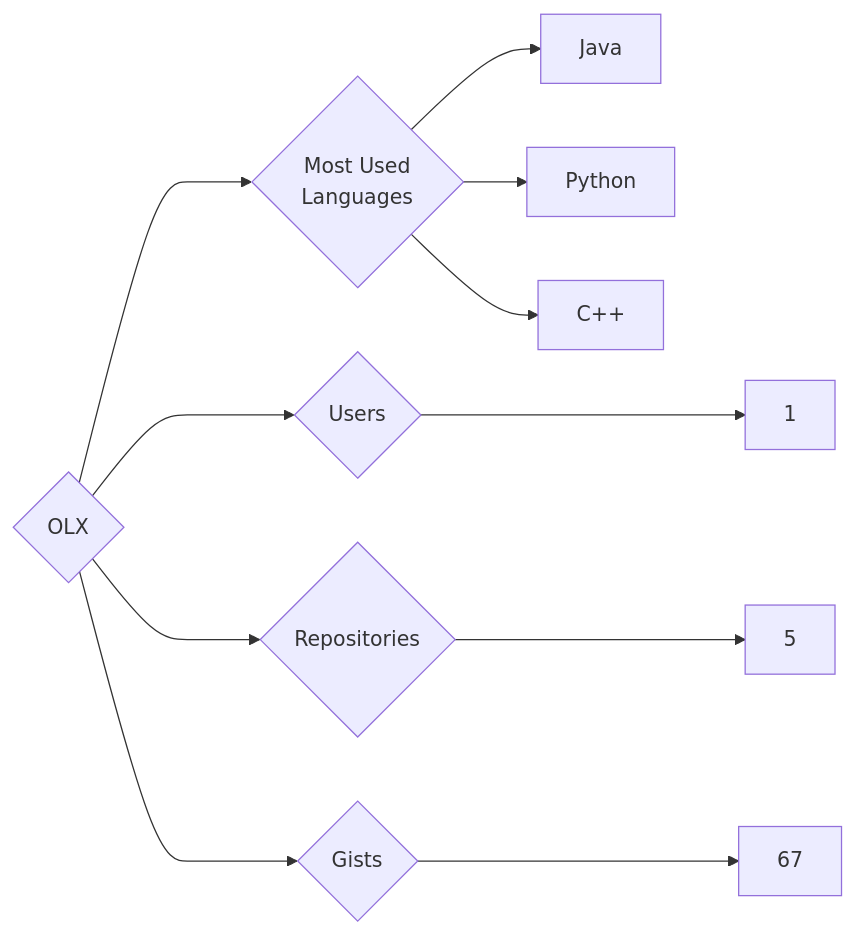
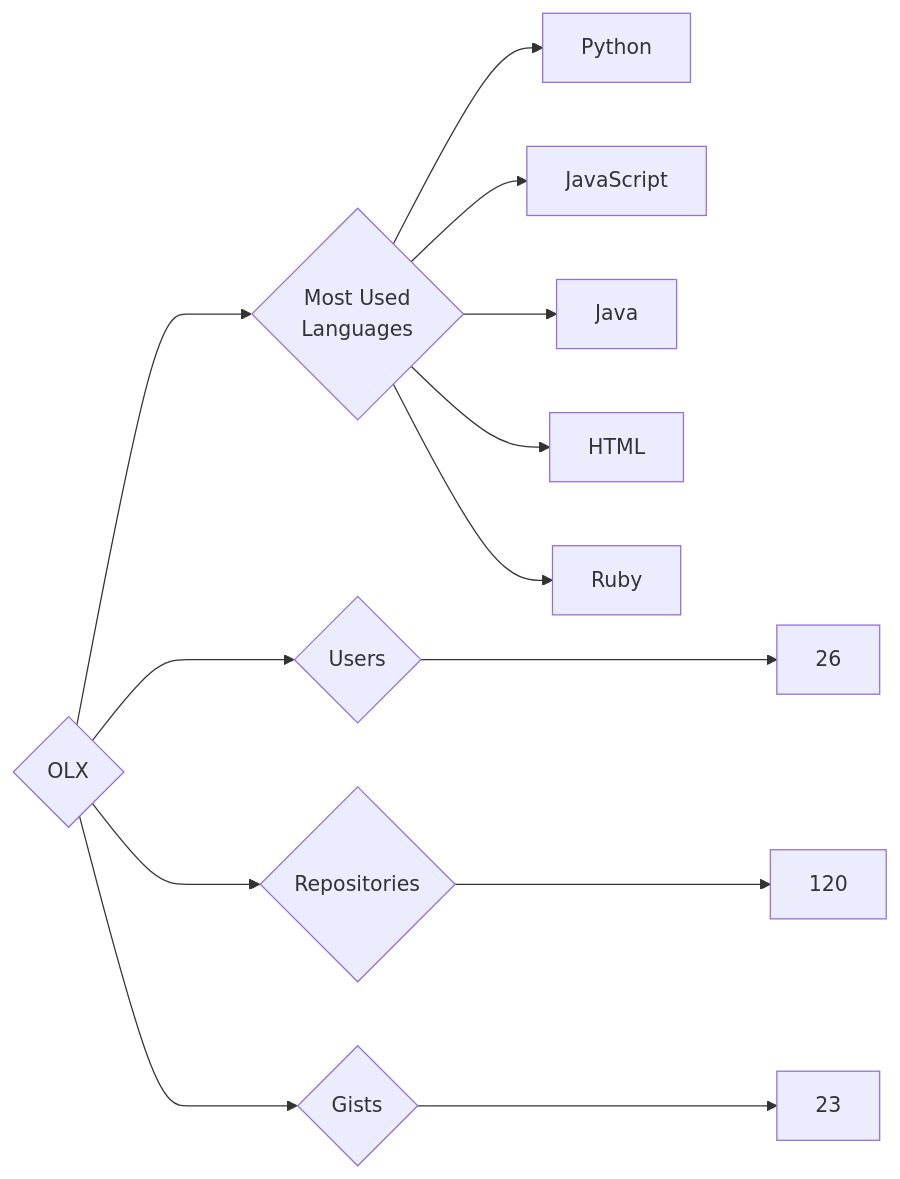
Before and after one commit to trickest/insiders: the diagram in targets/OLX/README.md, drawn with Mermaid. The commit also changed 972 other files, not shown here.

````diff
--- a/targets/OLX/README.md
+++ b/targets/OLX/README.md
@@ -3,11 +3,13 @@
 ```mermaid
 graph LR
 COMPANY_NAME{OLX}
-COMPANY_NAME ---> U{Users} ---> UN[1]
-COMPANY_NAME ---> R{Repositories} ---> RN[5]
-COMPANY_NAME ---> G{Gists} ---> GN[67]
+COMPANY_NAME ---> U{Users} ---> UN[26]
+COMPANY_NAME ---> R{Repositories} ---> RN[120]
+COMPANY_NAME ---> G{Gists} ---> GN[23]
 COMPANY_NAME ---> ML{Most Used<br>Languages}
+ML --> Python[Python]
+ML --> JavaScript[JavaScript]
 ML --> Java[Java]
-ML --> Python[Python]
-ML --> C++[C++]
+ML --> HTML[HTML]
+ML --> Ruby[Ruby]
 ```
````
